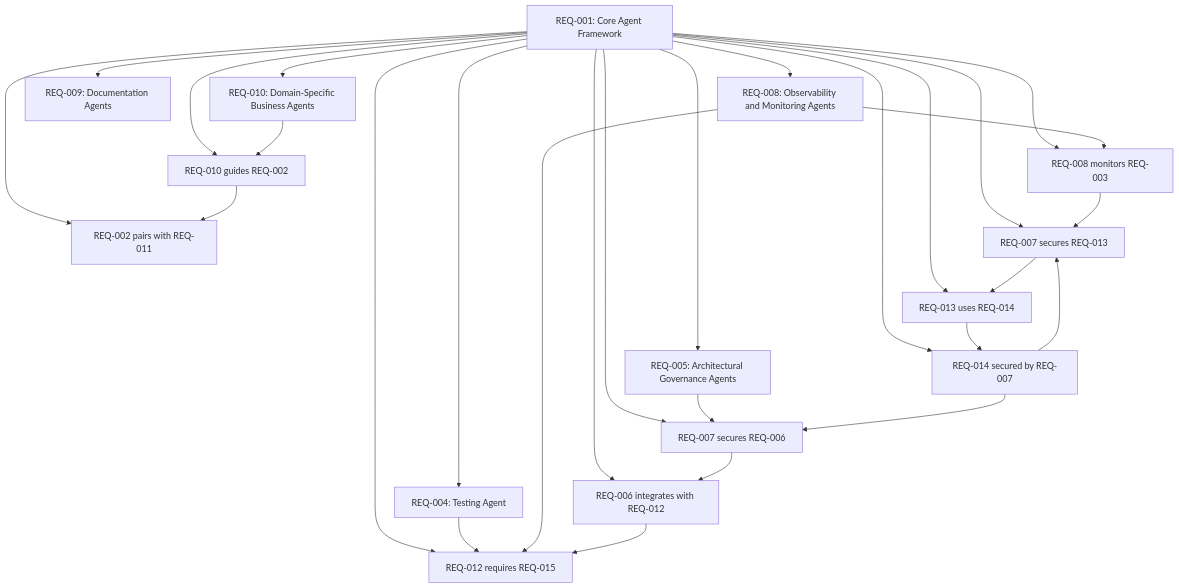
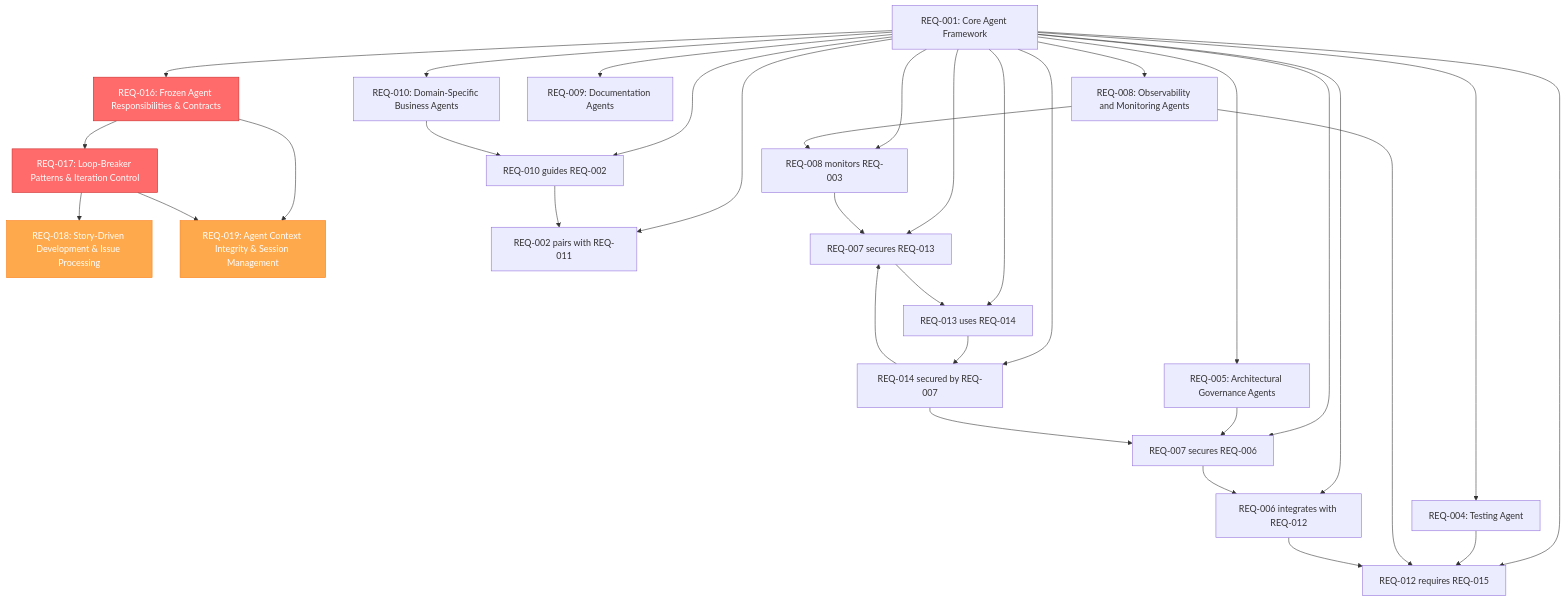
Before and after one commit to louisburroughs/durion-positivity-backend: the diagram in .kiro/specs/agent-structure/requirements.md, drawn with Mermaid. The commit also changed other lines of this file and 66 other files, not shown here.

````diff
--- a/.kiro/specs/agent-structure/requirements.md
+++ b/.kiro/specs/agent-structure/requirements.md
@@ -330,30 +455,46 @@
 ```mermaid
 graph TD
+    REQ-016[REQ-016: Frozen Agent Responsibilities & Contracts]:::critical
+    REQ-017[REQ-017: Loop-Breaker Patterns & Iteration Control]:::critical
+    REQ-018[REQ-018: Story-Driven Development & Issue Processing]:::high
+    REQ-019[REQ-019: Agent Context Integrity & Session Management]:::high
+    
     REQ-001[REQ-001: Core Agent Framework] --> REQ-002[REQ-002: Implementation Agent]
     REQ-001 --> REQ-003[REQ-003: Deployment Agent]
     REQ-001 --> REQ-004[REQ-004: Testing Agent]
     REQ-001 --> REQ-005[REQ-005: Architectural Governance Agents]
     REQ-001 --> REQ-006[REQ-006: Integration and Gateway Agents]
     REQ-001 --> REQ-007[REQ-007: Security-Focused Agents]
     REQ-001 --> REQ-008[REQ-008: Observability and Monitoring Agents]
     REQ-001 --> REQ-009[REQ-009: Documentation Agents]
     REQ-001 --> REQ-010[REQ-010: Domain-Specific Business Agents]
     REQ-001 --> REQ-011[REQ-011: Pair Programming Agent Integration]
     REQ-001 --> REQ-012[REQ-012: Event-Driven Architecture Agent]
     REQ-001 --> REQ-013[REQ-013: CI/CD Pipeline Agent]
     REQ-001 --> REQ-014[REQ-014: Configuration Management Agent]
     REQ-001 --> REQ-015[REQ-015: Resilience Engineering Agent]
+    
+    REQ-001 --> REQ-016
+    REQ-016 --> REQ-017
+    REQ-016 --> REQ-019
+    REQ-017 --> REQ-018
+    REQ-017 --> REQ-019
+    
     REQ-002 --> REQ-011[REQ-002 pairs with REQ-011]
     REQ-003 --> REQ-013[REQ-003 integrates with REQ-013]
     REQ-004 --> REQ-015[REQ-004 validates REQ-015]
     REQ-005 --> REQ-006[REQ-005 influences REQ-006]
     REQ-006 --> REQ-012[REQ-006 integrates with REQ-012]
     REQ-007 --> REQ-006[REQ-007 secures REQ-006]
     REQ-007 --> REQ-013[REQ-007 secures REQ-013]
     REQ-008 --> REQ-003[REQ-008 monitors REQ-003]
     REQ-008 --> REQ-015[REQ-008 monitors REQ-015]
     REQ-010 --> REQ-002[REQ-010 guides REQ-002]
     REQ-012 --> REQ-015[REQ-012 requires REQ-015]
     REQ-013 --> REQ-014[REQ-013 uses REQ-014]
     REQ-014 --> REQ-007[REQ-014 secured by REQ-007]
+    
+    classDef critical fill:#ff6b6b,stroke:#c92a2a,color:#fff
+    classDef high fill:#ffa94d,stroke:#fd7e14,color:#fff
+    classDef medium fill:#74c0fc,stroke:#1971c2,color:#fff
 ```
````
